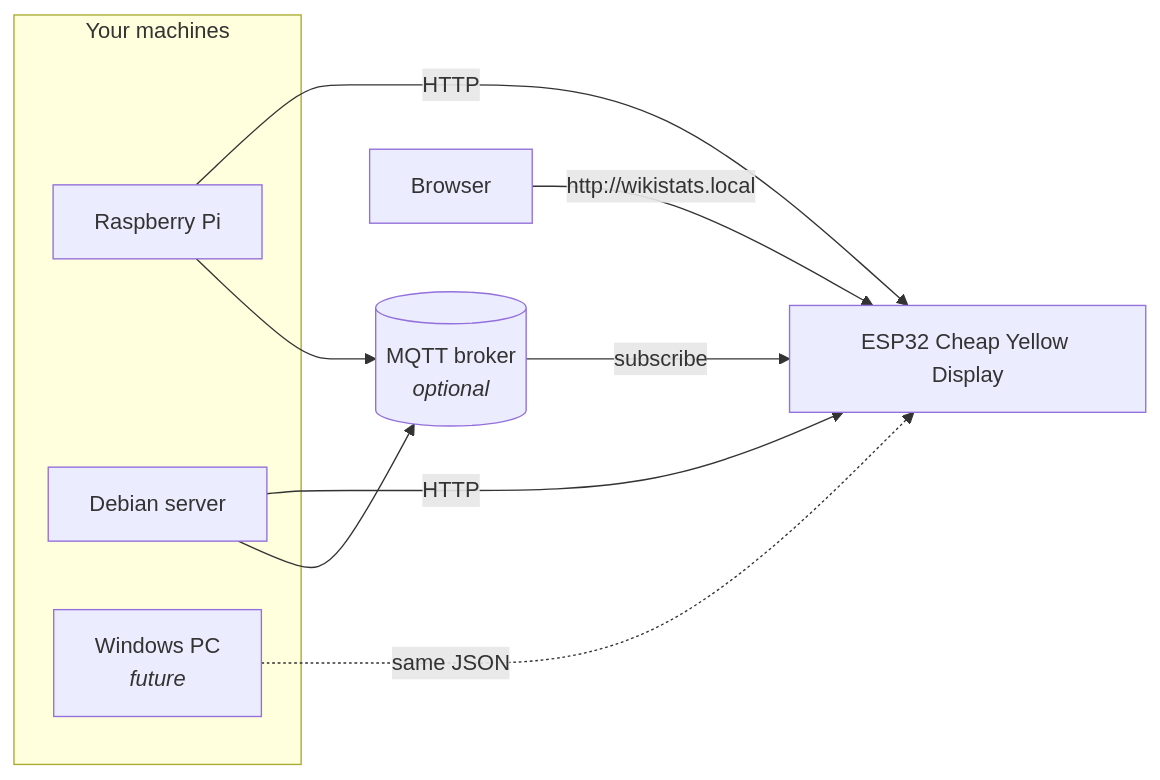
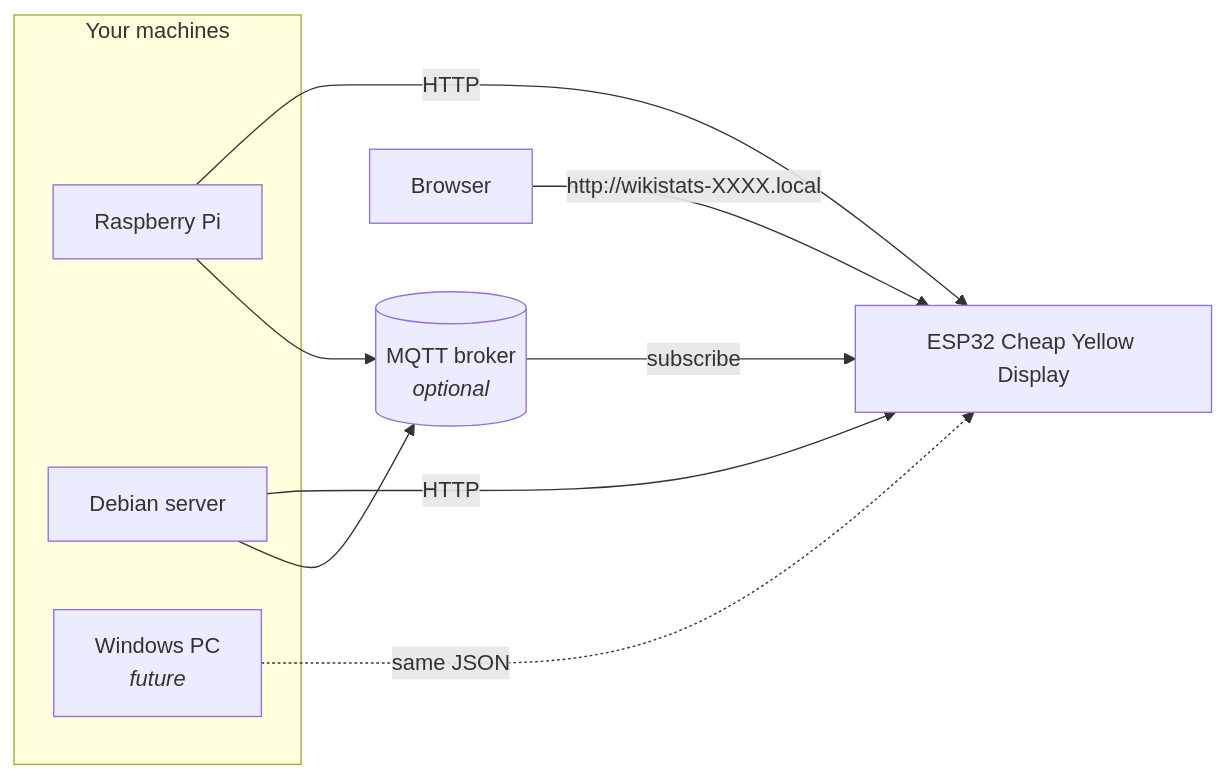
One commit to WikiZell/wikiStats changed the first of 2 diagrams in README.md. Above: the diagram before and after it, drawn with Mermaid. The commit also changed other lines of this file and 15 other files, not shown here.

````diff
--- a/README.md
+++ b/README.md
@@ -12,19 +12,19 @@
 ```mermaid
 flowchart LR
     subgraph Machines["Your machines"]
         P["Raspberry Pi"]
         S["Debian server"]
         W["Windows PC<br/><i>future</i>"]
     end
     B[("MQTT broker<br/><i>optional</i>")]
     C["ESP32 Cheap Yellow Display"]
     Br["Browser"]
 
     P -->|HTTP| C
     S -->|HTTP| C
     W -.->|"same JSON"| C
     P --> B
     S --> B
     B -->|subscribe| C
-    Br -->|"http://wikistats.local"| C
+    Br -->|"http://wikistats-XXXX.local"| C
 ```
````
